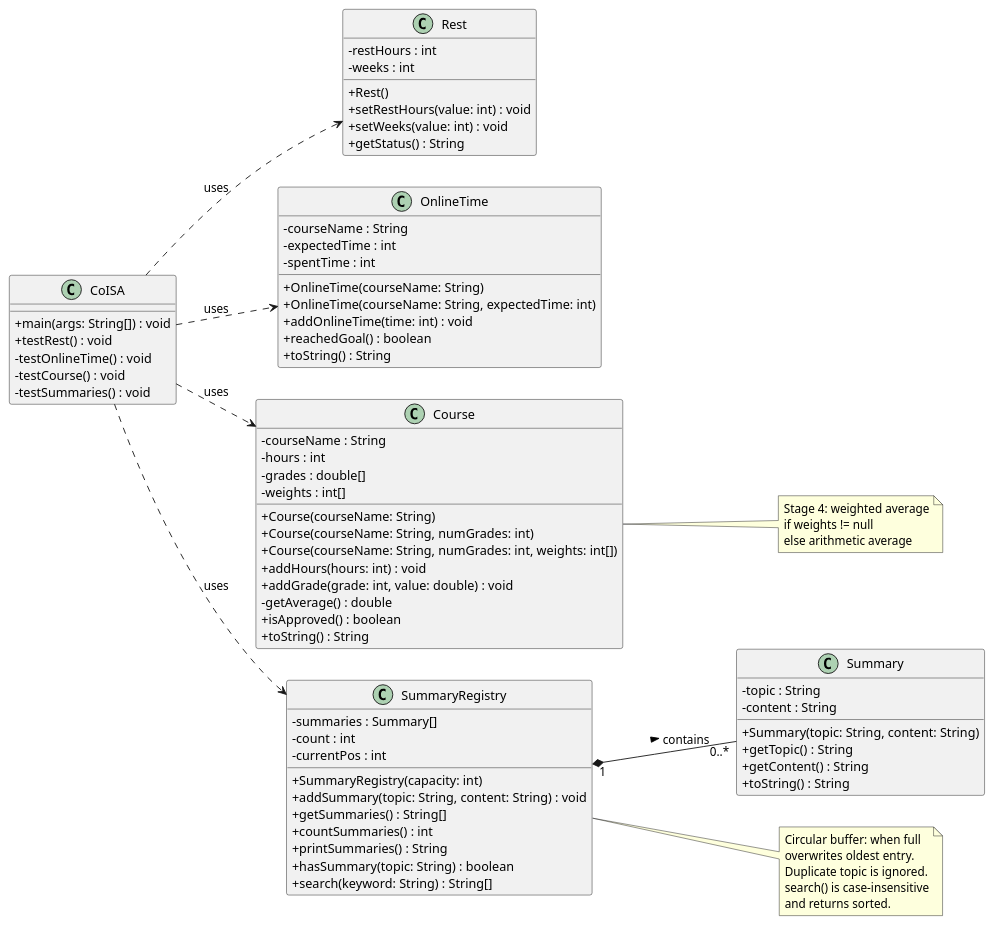
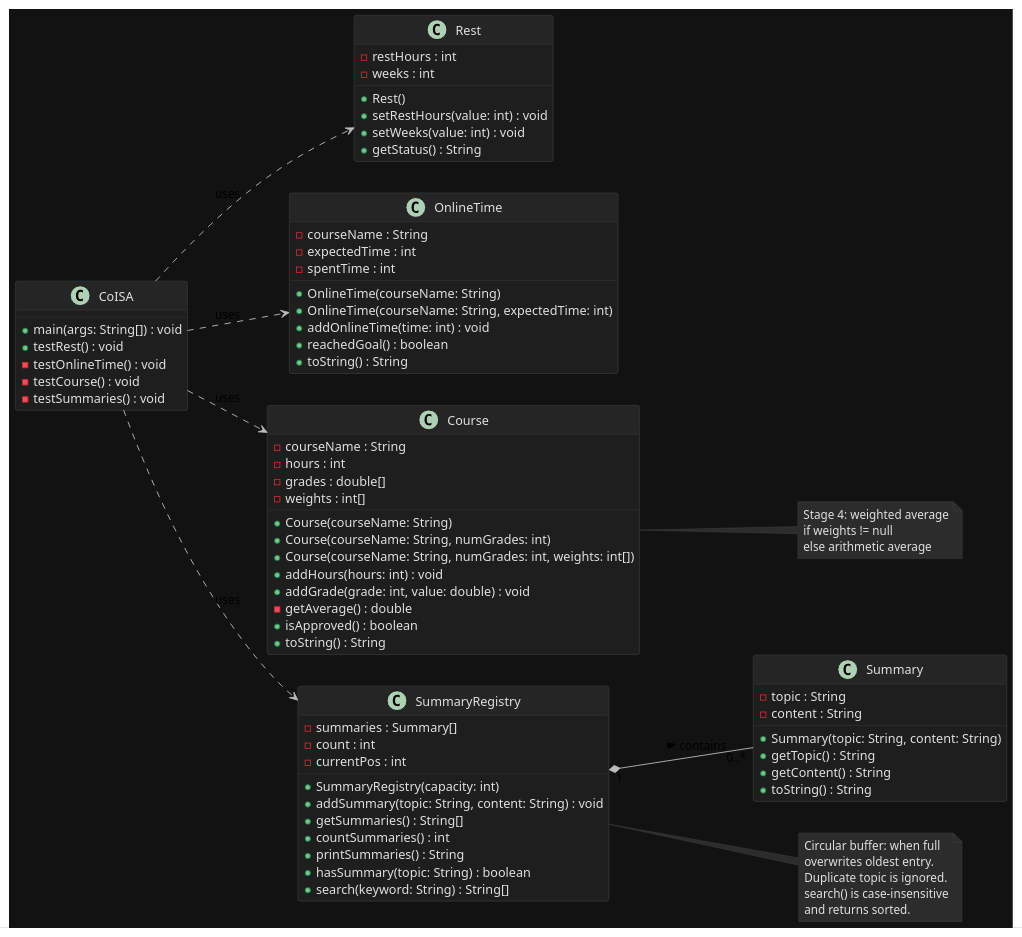
One commit to juliovlpsp-commits/LAB-02-EN changed the diagram in docs/Lab02_UML.puml. Above: the diagram before and after it, drawn with PlantUML. The commit also changed 1 other file, not shown here.

Commit message:
LAB-02-EN english version

```diff
--- a/docs/Lab02_UML.puml
+++ b/docs/Lab02_UML.puml
@@ -1,91 +1,105 @@
 @startuml CoISA Lab02 EN
-' Lab02 - Stages 2 and 4 (UFCG) - English Version
+' Lab02 - Stages 2 and 4 (UFCG) - English Version - Dark Mode
 ' Render at https://plantuml.com/plantuml or export to png
 left to right direction
-skinparam classAttributeIconSize 0
+skinparam backgroundColor #121212
+skinparam shadowing false
+skinparam ArrowColor #BBBBBB
+skinparam ClassBackgroundColor #1E1E1E
+skinparam ClassBorderColor #3A3A3A
+skinparam ClassFontColor #E0E0E0
+skinparam ClassAttributeFontColor #E0E0E0
+skinparam ClassStereotypeFontColor #90CAF9
+skinparam ClassHeaderBackgroundColor #252525
+skinparam NoteBackgroundColor #2C2C2C
+skinparam NoteBorderColor #444444
+skinparam NoteFontColor #E0E0E0
+skinparam PackageBackgroundColor #1E1E1E
+skinparam PackageBorderColor #3A3A3A
+skinparam PackageFontColor #E0E0E0
 
 class Rest {
   - restHours : int
   - weeks : int
   + Rest()
   + setRestHours(value: int) : void
   + setWeeks(value: int) : void
   + getStatus() : String
 }
 
 class OnlineTime {
   - courseName : String
   - expectedTime : int
   - spentTime : int
   + OnlineTime(courseName: String)
   + OnlineTime(courseName: String, expectedTime: int)
   + addOnlineTime(time: int) : void
   + reachedGoal() : boolean
   + toString() : String
 }
 
 class Course {
   - courseName : String
   - hours : int
   - grades : double[]
   - weights : int[]
   + Course(courseName: String)
   + Course(courseName: String, numGrades: int)
   + Course(courseName: String, numGrades: int, weights: int[])
   + addHours(hours: int) : void
   + addGrade(grade: int, value: double) : void
   - getAverage() : double
   + isApproved() : boolean
   + toString() : String
 }
 
 class Summary {
   - topic : String
   - content : String
   + Summary(topic: String, content: String)
   + getTopic() : String
   + getContent() : String
   + toString() : String
 }
 
 class SummaryRegistry {
   - summaries : Summary[]
   - count : int
   - currentPos : int
   + SummaryRegistry(capacity: int)
   + addSummary(topic: String, content: String) : void
   + getSummaries() : String[]
   + countSummaries() : int
   + printSummaries() : String
   + hasSummary(topic: String) : boolean
   + search(keyword: String) : String[]
 }
 
 class CoISA {
   + main(args: String[]) : void
   + testRest() : void
   - testOnlineTime() : void
   - testCourse() : void
   - testSummaries() : void
 }
 
 SummaryRegistry "1" *-- "0..*" Summary : contains >
 CoISA ..> Rest : uses
 CoISA ..> OnlineTime : uses
 CoISA ..> Course : uses
 CoISA ..> SummaryRegistry : uses
 
 note right of SummaryRegistry
   Circular buffer: when full
   overwrites oldest entry.
   Duplicate topic is ignored.
   search() is case-insensitive
   and returns sorted.
 end note
 
 note right of Course
   Stage 4: weighted average
   if weights != null
   else arithmetic average
 end note
 @enduml
```
